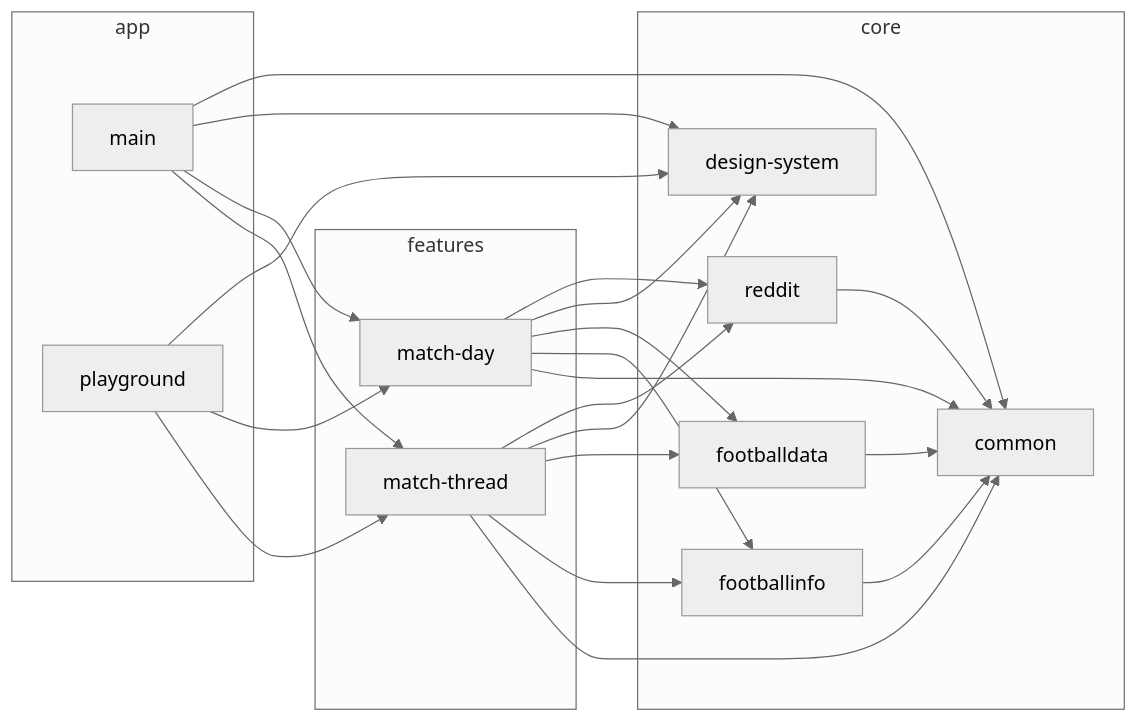
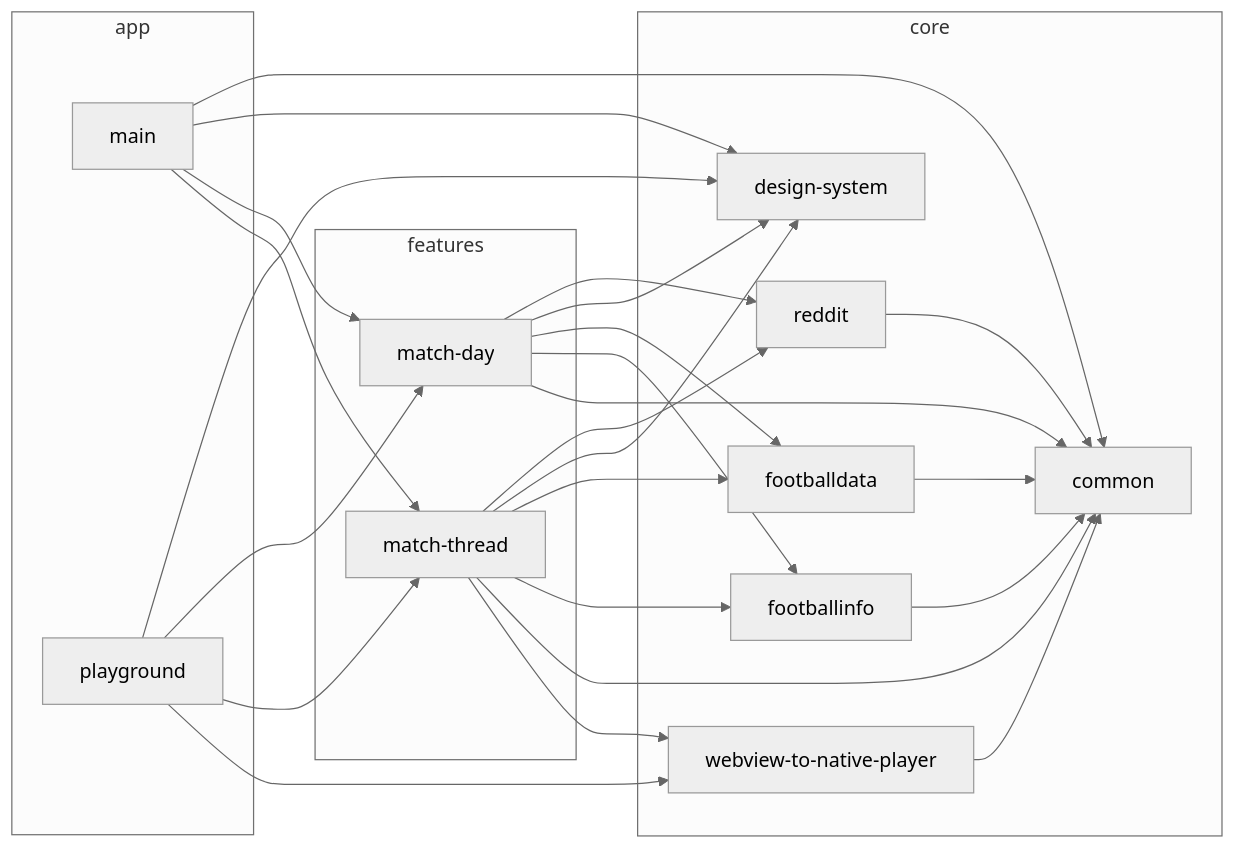
One commit to iurysza/livematch changed the diagram in README.md. Above: the diagram before and after it, drawn with Mermaid. The commit also changed 17 other files, not shown here.

````diff
--- a/README.md
+++ b/README.md
@@ -68,44 +68,48 @@
 ```mermaid
 %%{
   init: {
     'theme': 'neutral'
   }
 }%%
 
 graph LR
   subgraph app
     main
     playground
   end
   subgraph core
     common
     design-system
     footballdata
     footballinfo
     reddit
+    webview-to-native-player
   end
   subgraph features
     match-day
     match-thread
   end
   footballinfo --> common
   footballdata --> common
   match-day --> common
   match-day --> footballinfo
   match-day --> footballdata
   match-day --> design-system
   match-day --> reddit
+  match-thread --> webview-to-native-player
   match-thread --> common
   match-thread --> footballinfo
   match-thread --> footballdata
   match-thread --> design-system
   match-thread --> reddit
+  playground --> webview-to-native-player
   playground --> match-thread
   playground --> match-day
   playground --> design-system
   reddit --> common
+  webview-to-native-player --> common
   main --> match-thread
   main --> match-day
   main --> design-system
   main --> common
 ```
````
